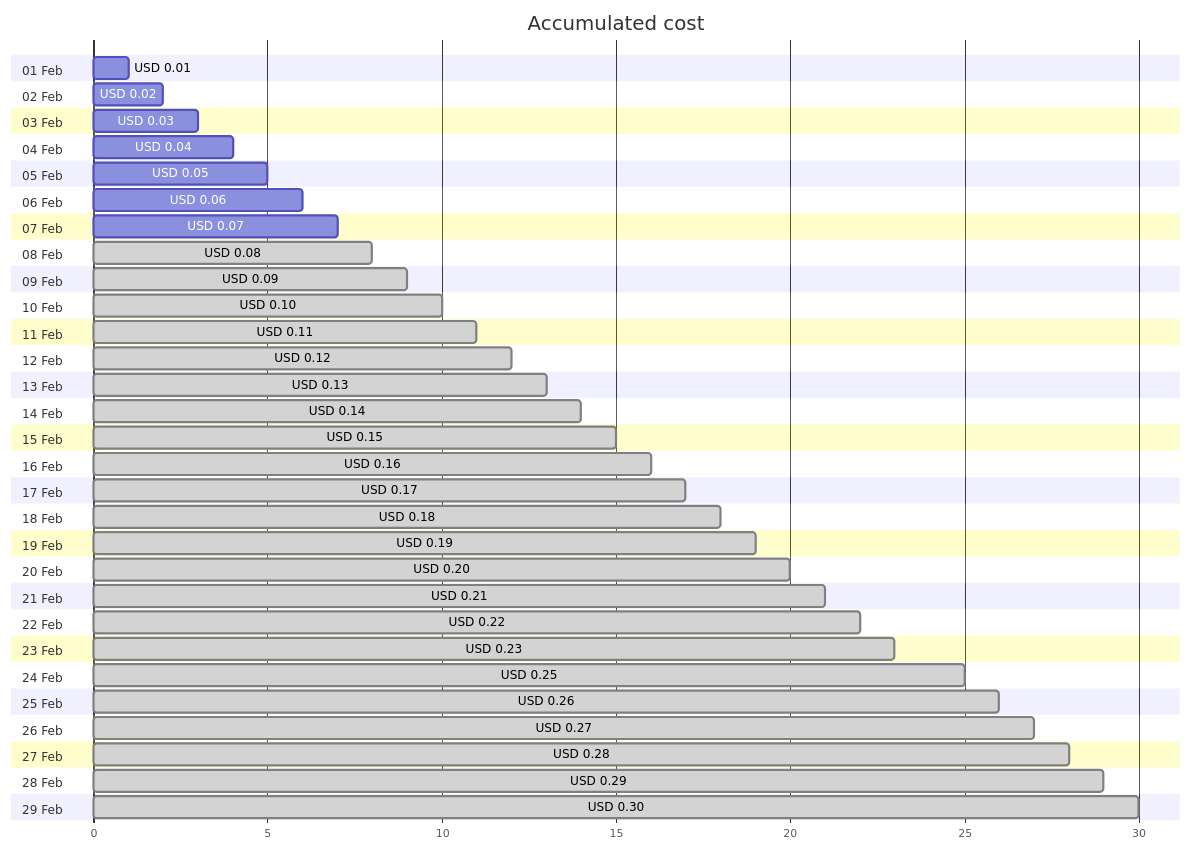
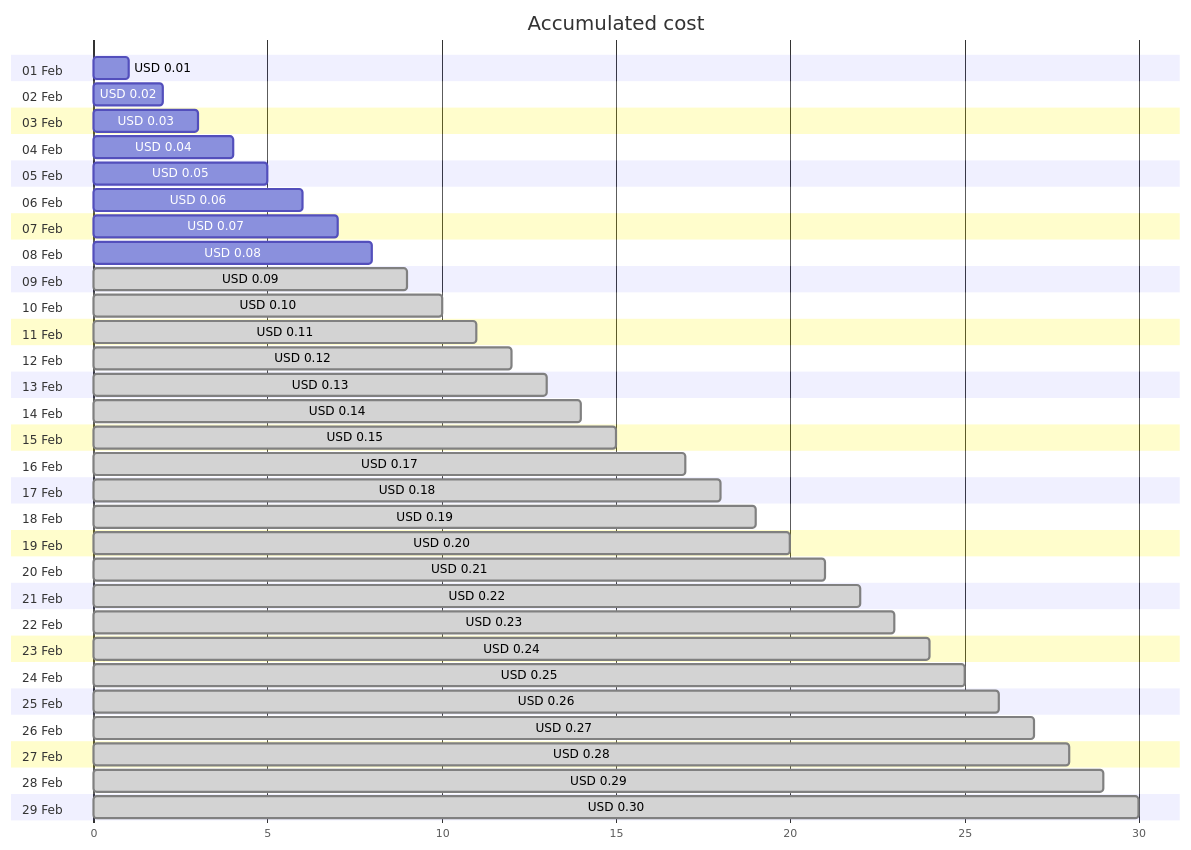
Before and after one commit to jpfulton/azure-personal-reports: the first of 4 diagrams in cost-reports/cloud-shell-storage-eastus/README.md, drawn with Mermaid. The commit also changed other lines of this file and 1 other file, not shown here.

````diff
--- a/cost-reports/cloud-shell-storage-eastus/README.md
+++ b/cost-reports/cloud-shell-storage-eastus/README.md
@@ -20,64 +20,64 @@
 ```mermaid
 gantt
    title Accumulated cost
    dateFormat  X
    axisFormat %s
    section 01 Feb
    USD 0.01 :0, 1
    section 02 Feb
    USD 0.02 :0, 2
    section 03 Feb
    USD 0.03 :0, 3
    section 04 Feb
    USD 0.04 :0, 4
    section 05 Feb
    USD 0.05 :0, 5
    section 06 Feb
    USD 0.06 :0, 6
    section 07 Feb
    USD 0.07 :0, 7
    section 08 Feb
-   USD 0.08 : done, 0, 8
+   USD 0.08 :0, 8
    section 09 Feb
    USD 0.09 : done, 0, 9
    section 10 Feb
    USD 0.10 : done, 0, 10
    section 11 Feb
    USD 0.11 : done, 0, 11
    section 12 Feb
    USD 0.12 : done, 0, 12
    section 13 Feb
    USD 0.13 : done, 0, 13
    section 14 Feb
    USD 0.14 : done, 0, 14
    section 15 Feb
    USD 0.15 : done, 0, 15
    section 16 Feb
-   USD 0.16 : done, 0, 16
+   USD 0.17 : done, 0, 17
    section 17 Feb
-   USD 0.17 : done, 0, 17
+   USD 0.18 : done, 0, 18
    section 18 Feb
-   USD 0.18 : done, 0, 18
+   USD 0.19 : done, 0, 19
    section 19 Feb
-   USD 0.19 : done, 0, 19
+   USD 0.20 : done, 0, 20
    section 20 Feb
-   USD 0.20 : done, 0, 20
+   USD 0.21 : done, 0, 21
    section 21 Feb
-   USD 0.21 : done, 0, 21
+   USD 0.22 : done, 0, 22
    section 22 Feb
-   USD 0.22 : done, 0, 22
+   USD 0.23 : done, 0, 23
    section 23 Feb
-   USD 0.23 : done, 0, 23
+   USD 0.24 : done, 0, 24
    section 24 Feb
    USD 0.25 : done, 0, 25
    section 25 Feb
    USD 0.26 : done, 0, 26
    section 26 Feb
    USD 0.27 : done, 0, 27
    section 27 Feb
    USD 0.28 : done, 0, 28
    section 28 Feb
    USD 0.29 : done, 0, 29
    section 29 Feb
    USD 0.30 : done, 0, 30
 ```
````
